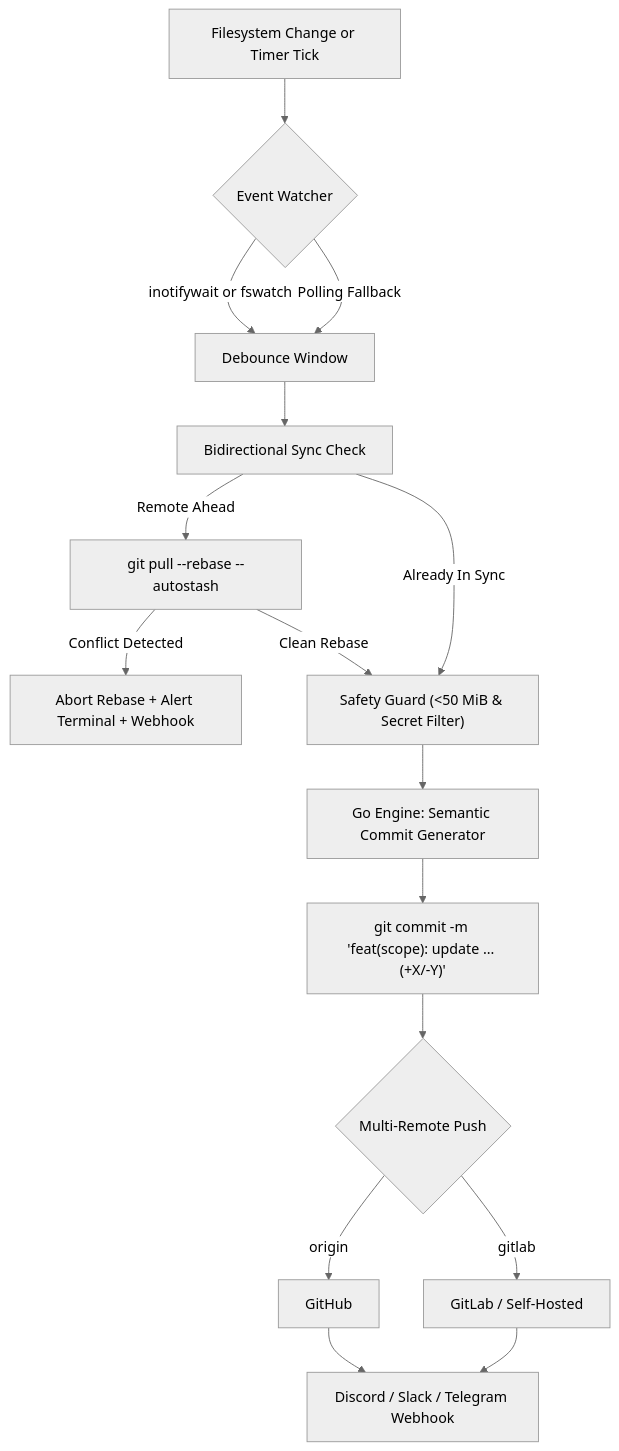
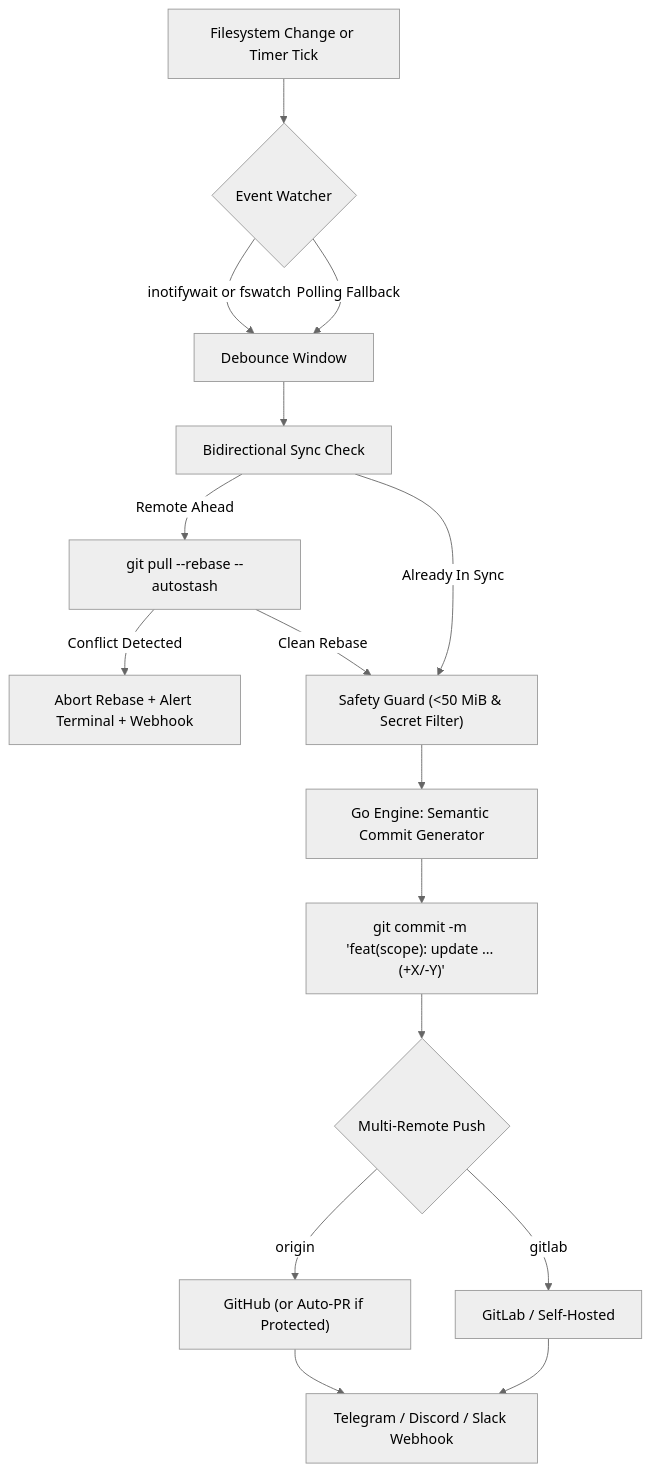
One commit to Sudemc/Syncalibur changed the diagram in README.md. Above: the diagram before and after it, drawn with Mermaid (neutral theme). The commit also changed other lines of this file, not shown here.

````diff
--- a/README.md
+++ b/README.md
@@ -78,18 +79,18 @@
 ```mermaid
 flowchart TD
     A["Filesystem Change or Timer Tick"] --> B{"Event Watcher"}
     B -->|inotifywait or fswatch| C["Debounce Window"]
     B -->|Polling Fallback| C
     C --> D["Bidirectional Sync Check"]
     D -->|Remote Ahead| E["git pull --rebase --autostash"]
     E -->|Conflict Detected| F["Abort Rebase + Alert Terminal + Webhook"]
     E -->|Clean Rebase| G["Safety Guard (<50 MiB & Secret Filter)"]
     D -->|Already In Sync| G
     G --> H["Go Engine: Semantic Commit Generator"]
     H --> I["git commit -m 'feat(scope): update ... (+X/-Y)'"]
     I --> J{"Multi-Remote Push"}
-    J -->|origin| K["GitHub"]
+    J -->|origin| K["GitHub (or Auto-PR if Protected)"]
     J -->|gitlab| L["GitLab / Self-Hosted"]
-    K --> M["Discord / Slack / Telegram Webhook"]
+    K --> M["Telegram / Discord / Slack Webhook"]
     L --> M
 ```
````
